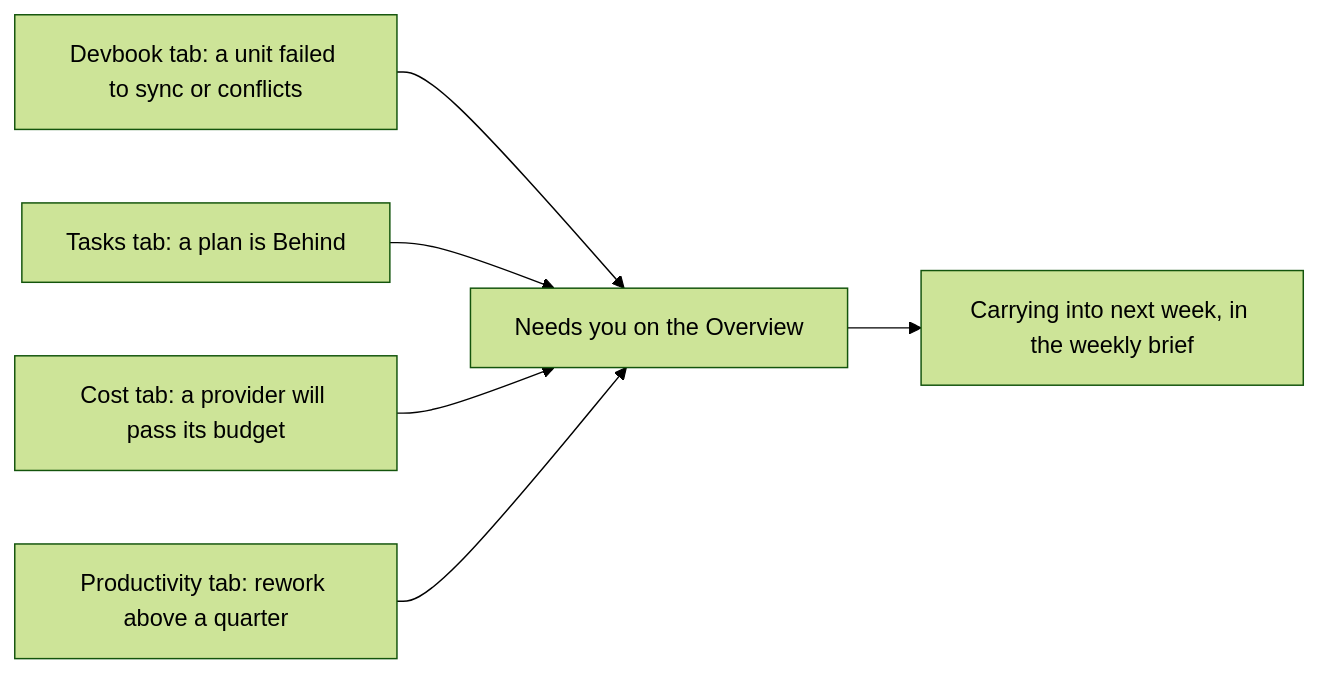
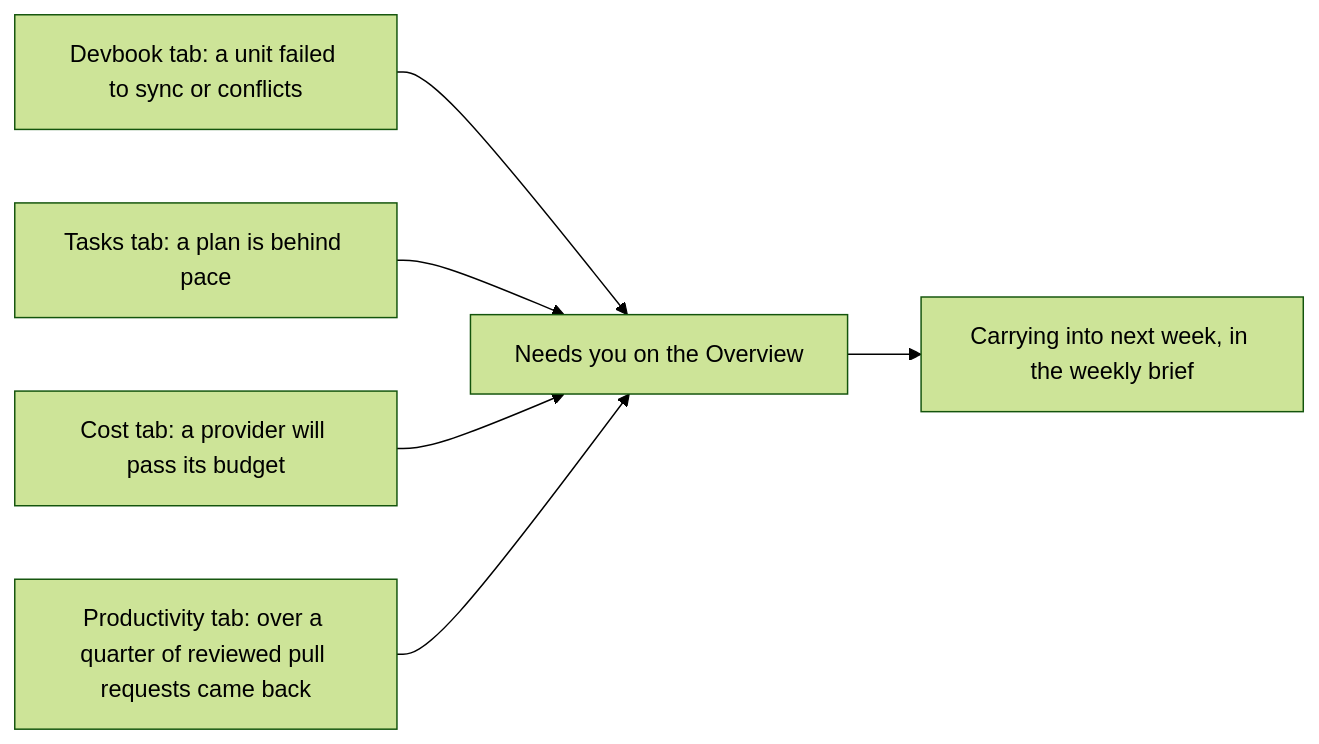
Before and after one commit to JSdotNet/Backlog: the diagram in .devbook/domain/productivity/features.md, drawn with Mermaid (forest theme). The commit also changed other lines of this file and 122 other files, not shown here.

````diff
--- a/.devbook/domain/productivity/features.md
+++ b/.devbook/domain/productivity/features.md
@@ -229,8 +353,8 @@
 ```mermaid
 flowchart LR
   D[Devbook tab: a unit failed to sync or conflicts] --> N[Needs you on the Overview]
-  T[Tasks tab: a plan is Behind] --> N
+  T[Tasks tab: a plan is behind pace] --> N
   C[Cost tab: a provider will pass its budget] --> N
-  P[Productivity tab: rework above a quarter] --> N
+  P[Productivity tab: over a quarter of reviewed pull requests came back] --> N
   N --> B[Carrying into next week, in the weekly brief]
 ```
````
